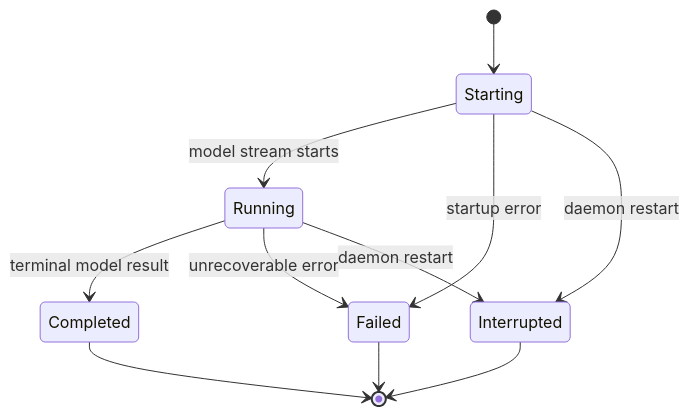
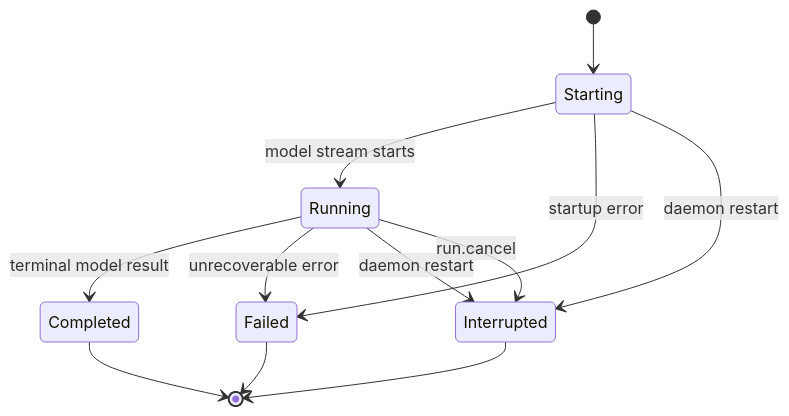
Before and after one commit to y0tsy/intention-relay: the second of 3 diagrams in docs/intention-relay/architecture/04-sessions-runs-events-and-storage.md, drawn with Mermaid. The commit also changed other lines of this file and 1085 other files, not shown here.

````diff
--- a/docs/intention-relay/architecture/04-sessions-runs-events-and-storage.md
+++ b/docs/intention-relay/architecture/04-sessions-runs-events-and-storage.md
@@ -51,13 +54,14 @@
 ```mermaid
 stateDiagram
   [*] --> Starting
   Starting --> Running: model stream starts
   Starting --> Failed: startup error
   Starting --> Interrupted: daemon restart
   Running --> Completed: terminal model result
   Running --> Failed: unrecoverable error
   Running --> Interrupted: daemon restart
+  Running --> Interrupted: run.cancel
   Completed --> [*]
   Failed --> [*]
   Interrupted --> [*]
 ```
````
